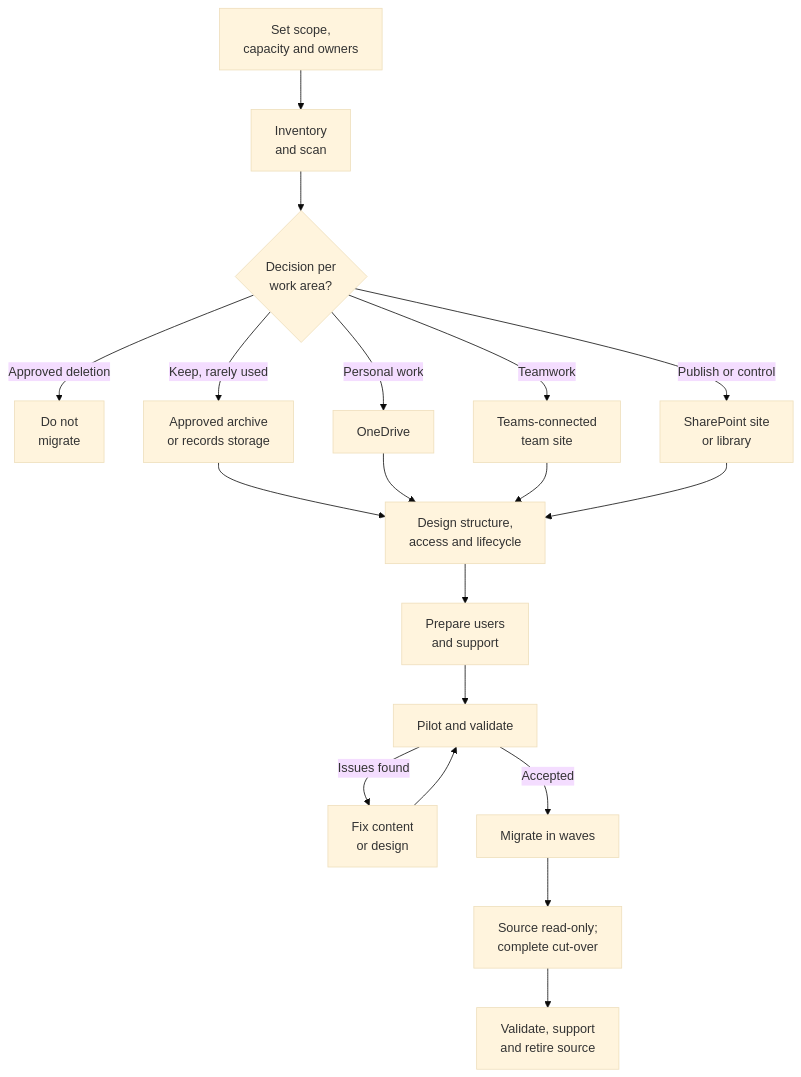
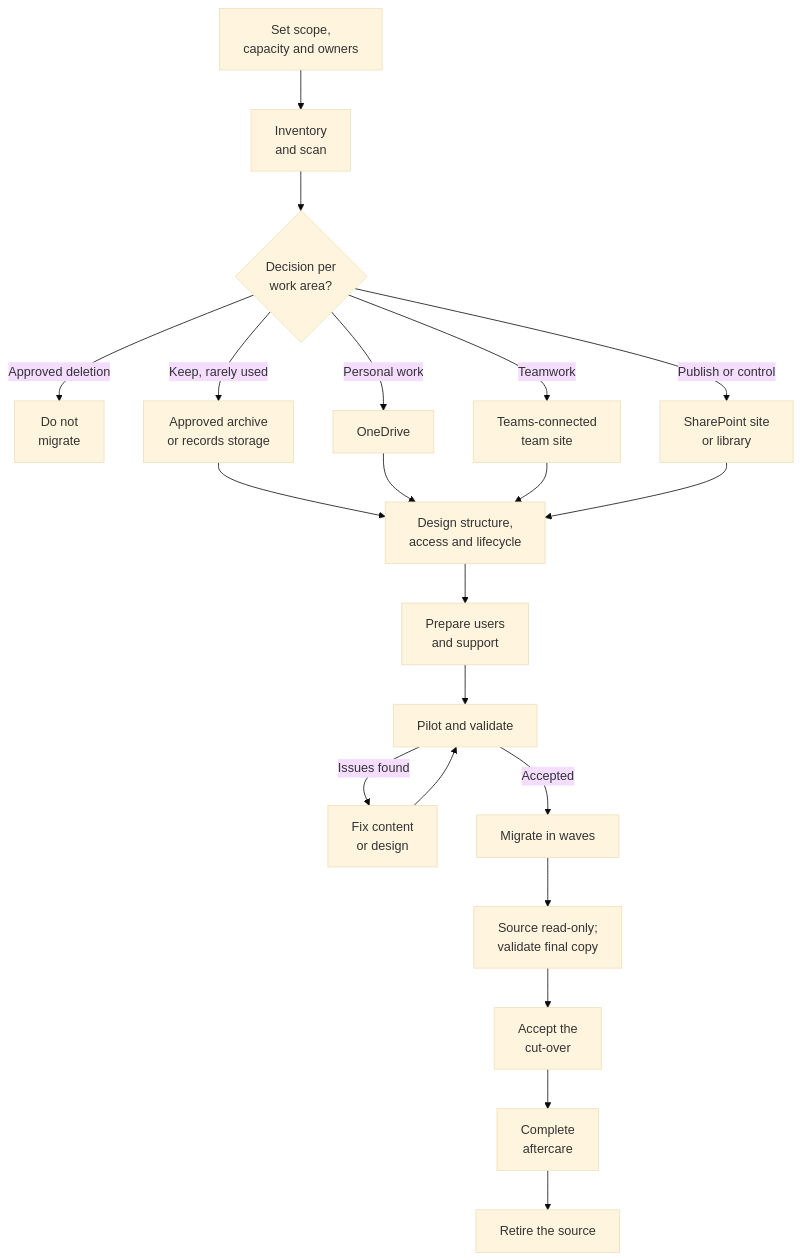
One commit to DwayneSelsig/M365wizard changed the first of 2 diagrams in docs/admin-and-governance/migrate-file-server-to-sharepoint.md. Above: the diagram before and after it, drawn with Mermaid (base theme). The commit also changed other lines of this file and 1 other file, not shown here.

````diff
--- a/docs/admin-and-governance/migrate-file-server-to-sharepoint.md
+++ b/docs/admin-and-governance/migrate-file-server-to-sharepoint.md
@@ -26,22 +26,24 @@
 ```mermaid
 flowchart TD
     Scope[Set scope,<br/>capacity and owners] --> Assess[Inventory<br/>and scan]
     Assess --> Decide{Decision per<br/>work area?}
     Decide -->|Approved deletion| Delete[Do not<br/>migrate]
     Decide -->|Keep, rarely used| Archive[Approved archive<br/>or records storage]
     Decide -->|Personal work| OneDrive[OneDrive]
     Decide -->|Teamwork| Team[Teams-connected<br/>team site]
     Decide -->|Publish or control| SharePoint[SharePoint site<br/>or library]
 
     Archive --> Design[Design structure,<br/>access and lifecycle]
     OneDrive --> Design
     Team --> Design
     SharePoint --> Design
     Design --> Prepare[Prepare users<br/>and support]
     Prepare --> Pilot[Pilot and validate]
     Pilot -->|Issues found| Fix[Fix content<br/>or design]
     Fix --> Pilot
     Pilot -->|Accepted| Waves[Migrate in waves]
-    Waves --> Cutover[Source read-only;<br/>complete cut-over]
-    Cutover --> Review[Validate, support<br/>and retire source]
+    Waves --> Cutover[Source read-only;<br/>validate final copy]
+    Cutover --> Accept[Accept the<br/>cut-over]
+    Accept --> Aftercare[Complete<br/>aftercare]
+    Aftercare --> Retire[Retire the source]
 ```
````
